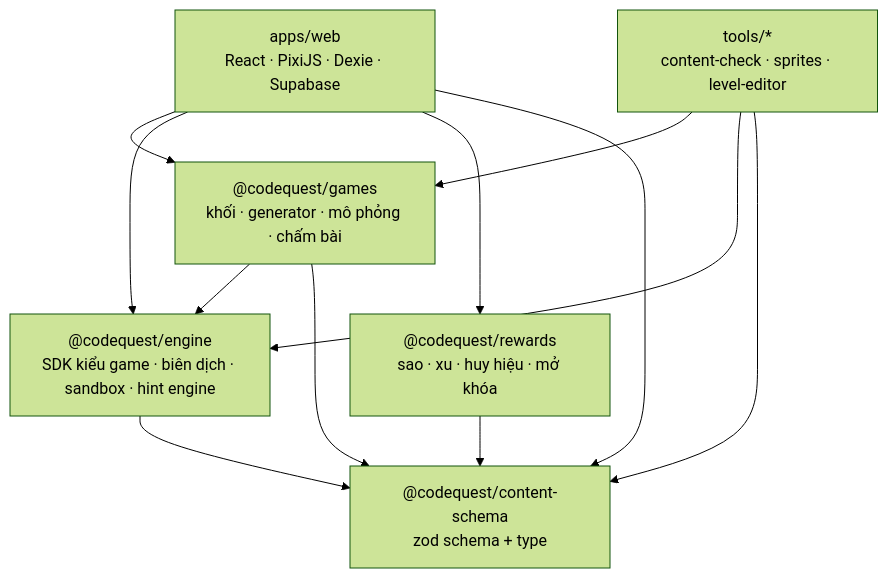
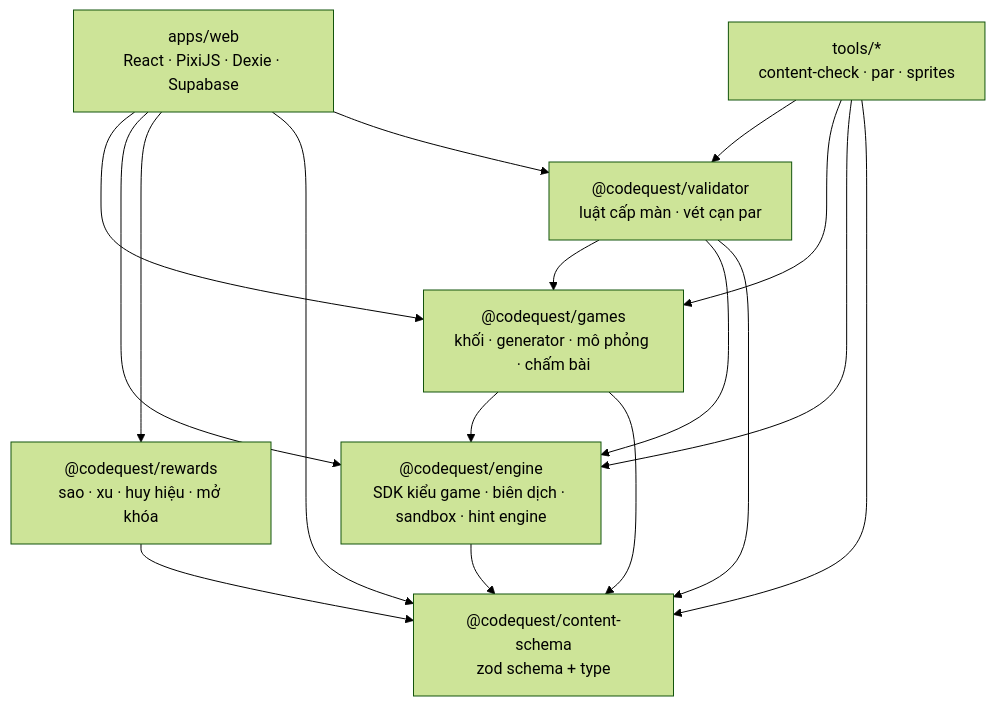
Before and after one commit to ht-nah98/CodeQuest: the second of 3 diagrams in docs/architecture/overview.md, drawn with Mermaid (forest theme). The commit also changed other lines of this file and 40 other files, not shown here.

First line of the commit message:
feat(validator): headless level validator package and brute-force par tool (P2-15)

````diff
--- a/docs/architecture/overview.md
+++ b/docs/architecture/overview.md
@@ -23,14 +23,16 @@
 ```mermaid
 flowchart TD
   web[apps/web<br/>React · PixiJS · Dexie · Supabase]
-  tools[tools/*<br/>content-check · sprites · level-editor]
+  tools[tools/*<br/>content-check · par · sprites]
+  validator["@codequest/validator<br/>luật cấp màn · vét cạn par"]
   games["@codequest/games<br/>khối · generator · mô phỏng · chấm bài"]
   engine["@codequest/engine<br/>SDK kiểu game · biên dịch · sandbox · hint engine"]
   rewards["@codequest/rewards<br/>sao · xu · huy hiệu · mở khóa"]
   schema["@codequest/content-schema<br/>zod schema + type"]
-  web --> games & engine & rewards & schema
-  tools --> games & engine & schema
+  web --> games & engine & rewards & schema & validator
+  tools --> validator & games & engine & schema
+  validator --> games & engine & schema
   games --> engine & schema
   engine --> schema
   rewards --> schema
 ```
````
